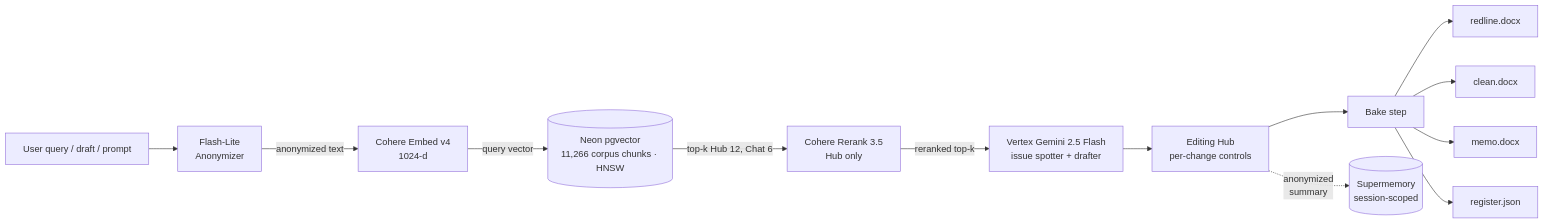
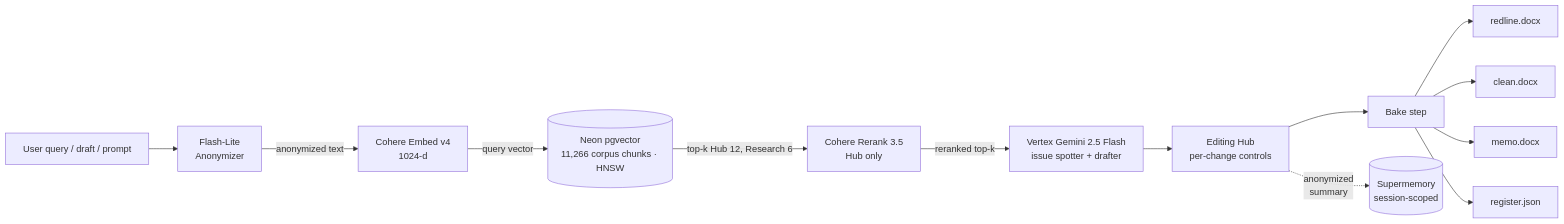
Before and after one commit to nick-battags/LawAgent: the diagram in README.md, drawn with Mermaid. The commit also changed other lines of this file and 11 other files, not shown here.

````diff
--- a/README.md
+++ b/README.md
@@ -41,15 +41,15 @@
 ```mermaid
 graph LR
   U[User query / draft / prompt] --> AN[Flash-Lite<br/>Anonymizer]
   AN -->|anonymized text| E[Cohere Embed v4<br/>1024-d]
   E -->|query vector| PG[(Neon pgvector<br/>11,266 corpus chunks · HNSW)]
-  PG -->|top-k Hub 12, Chat 6| RR[Cohere Rerank 3.5<br/>Hub only]
+  PG -->|top-k Hub 12, Research 6| RR[Cohere Rerank 3.5<br/>Hub only]
   RR -->|reranked top-k| G[Vertex Gemini 2.5 Flash<br/>issue spotter + drafter]
   G --> H[Editing Hub<br/>per-change controls]
   H --> B[Bake step]
   B --> R[redline.docx]
   B --> C[clean.docx]
   B --> M[memo.docx]
   B --> J[register.json]
   H -.->|anonymized<br/>summary| SM[(Supermemory<br/>session-scoped)]
 ```
````
